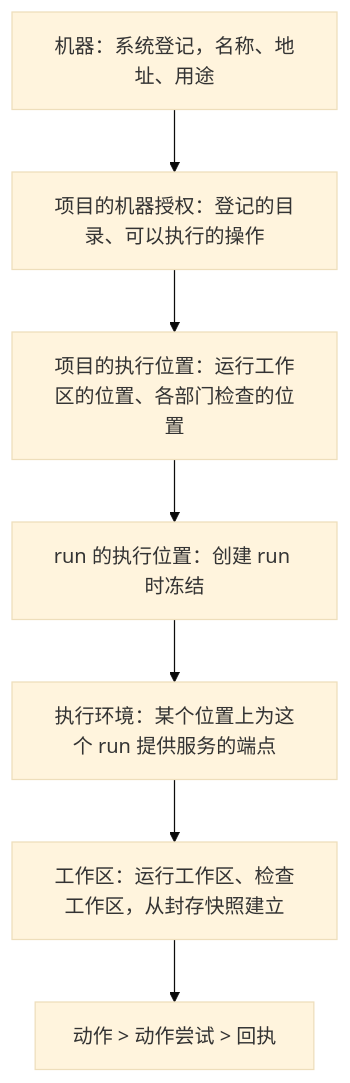
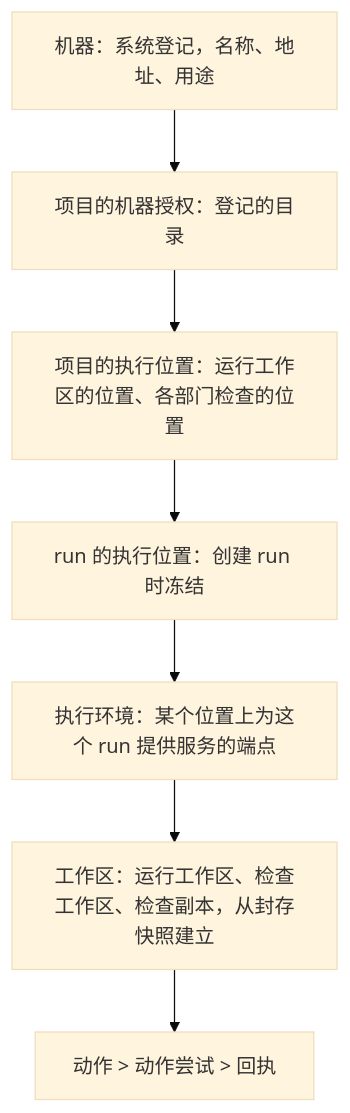
Before and after one commit to bender2333/yudao: the first of 4 diagrams in docs/design/execution-environment.md, drawn with Mermaid (base theme). The commit also changed other lines of this file and 29 other files, not shown here.

````diff
--- a/docs/design/execution-environment.md
+++ b/docs/design/execution-environment.md
@@ -29,11 +29,11 @@
 ```mermaid
 flowchart TB
   M["机器：系统登记，名称、地址、用途"]
-  A["项目的机器授权：登记的目录、可以执行的操作"]
+  A["项目的机器授权：登记的目录"]
   P["项目的执行位置：运行工作区的位置、各部门检查的位置"]
   R["run 的执行位置：创建 run 时冻结"]
   E["执行环境：某个位置上为这个 run 提供服务的端点"]
-  W["工作区：运行工作区、检查工作区，从封存快照建立"]
+  W["工作区：运行工作区、检查工作区、检查副本，从封存快照建立"]
   X["动作 > 动作尝试 > 回执"]
   M --> A --> P --> R --> E --> W --> X
 ```
````
